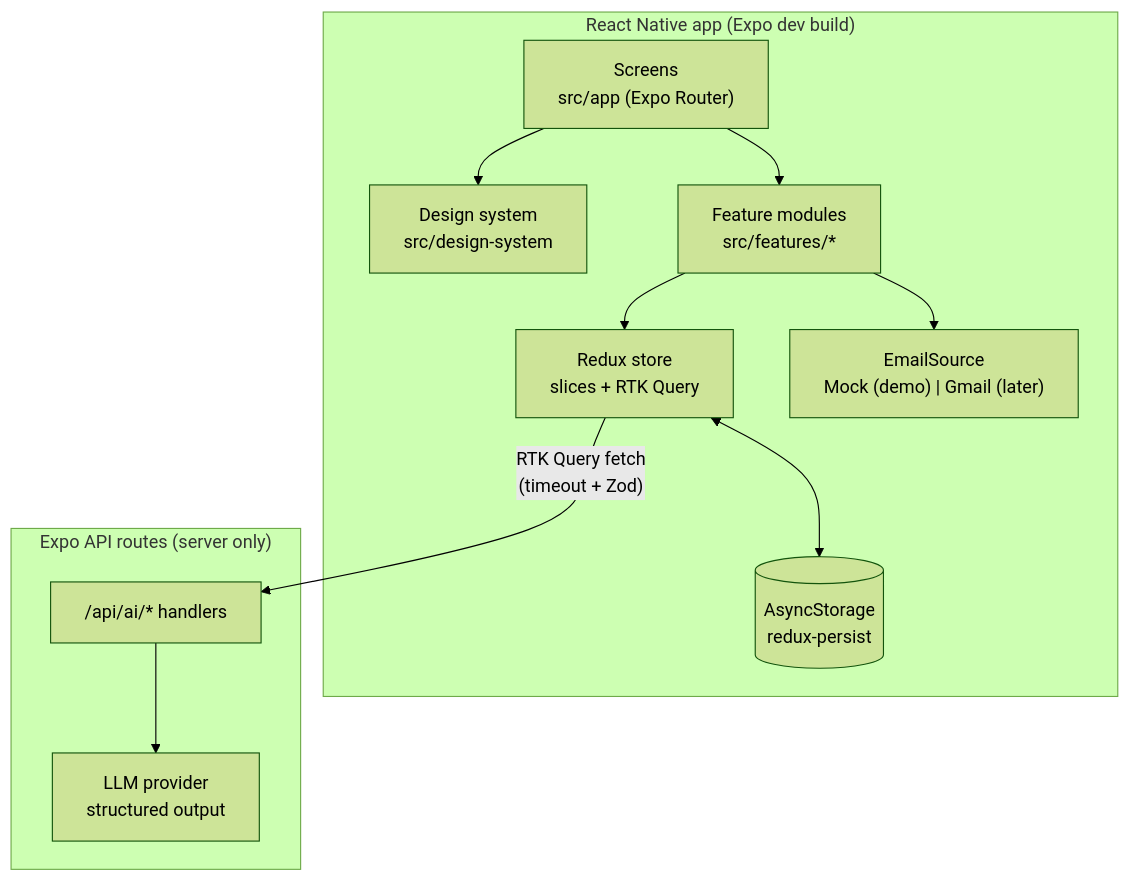
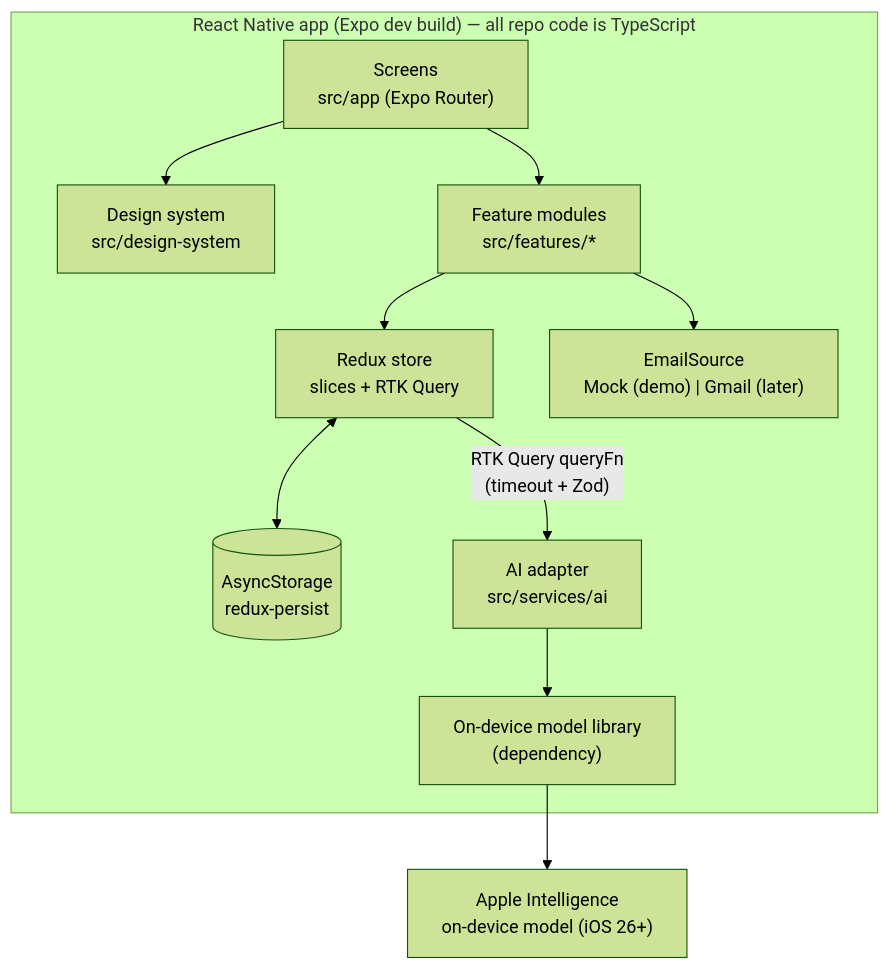
The diagram in docs/architecture.md (kristinadarroch/application-tracker), drawn with Mermaid (forest theme) before and after one commit. The commit also changed other lines of this file and 9 other files, not shown here.

Commit message:
docs: switch product AI to on-device Apple Foundation Models via TS adapter (ADR 0005)

````diff
--- a/docs/architecture.md
+++ b/docs/architecture.md
@@ -5,22 +5,22 @@
 ```mermaid
 flowchart TB
-  subgraph Device["React Native app (Expo dev build)"]
+  subgraph Device["React Native app (Expo dev build) — all repo code is TypeScript"]
     UI["Screens<br/>src/app (Expo Router)"]
     DS["Design system<br/>src/design-system"]
     FE["Feature modules<br/>src/features/*"]
     ST["Redux store<br/>slices + RTK Query"]
     PS[("AsyncStorage<br/>redux-persist")]
     ES["EmailSource<br/>Mock (demo) | Gmail (later)"]
+    AD["AI adapter<br/>src/services/ai"]
+    LIB["On-device model library<br/>(dependency)"]
   end
-  subgraph Server["Expo API routes (server only)"]
-    API["/api/ai/* handlers"]
-    LLM["LLM provider<br/>structured output"]
-  end
+  OS["Apple Intelligence<br/>on-device model (iOS 26+)"]
   UI --> DS
   UI --> FE
   FE --> ST
   ST <--> PS
   FE --> ES
-  ST -- "RTK Query fetch<br/>(timeout + Zod)" --> API
-  API --> LLM
+  ST -- "RTK Query queryFn<br/>(timeout + Zod)" --> AD
+  AD --> LIB
+  LIB --> OS
 ```
````
